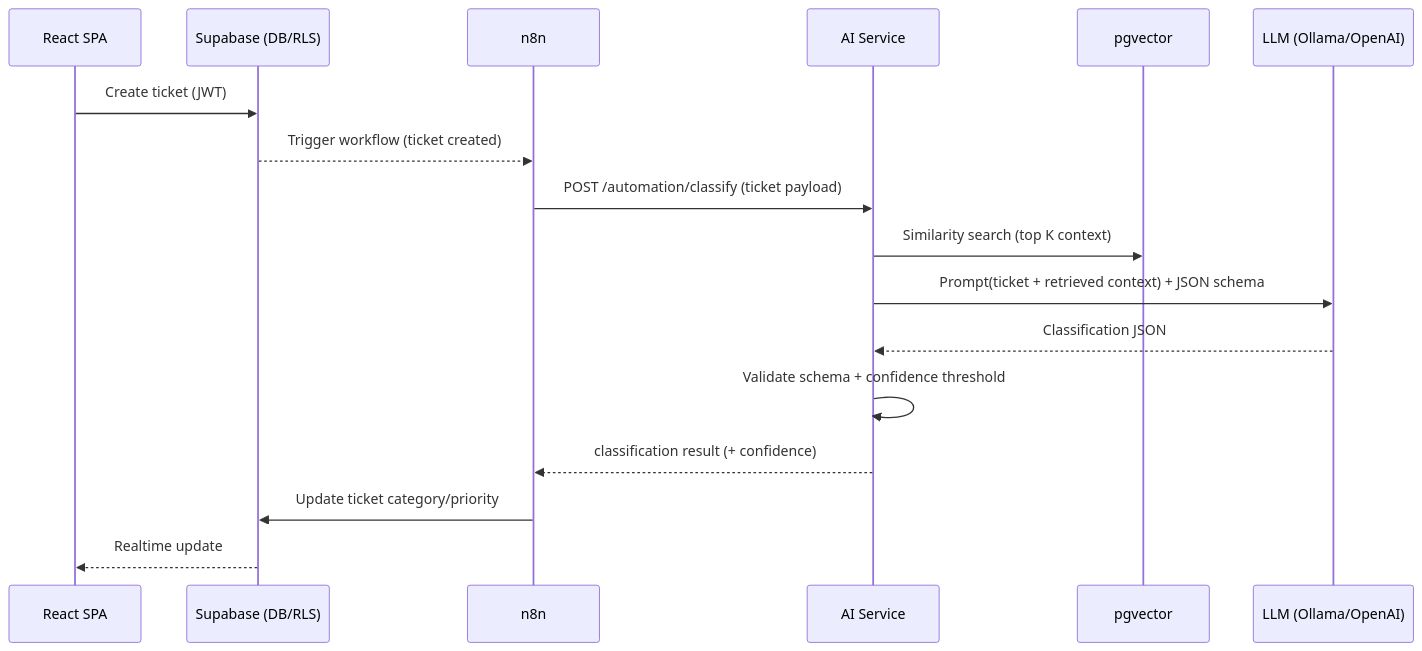
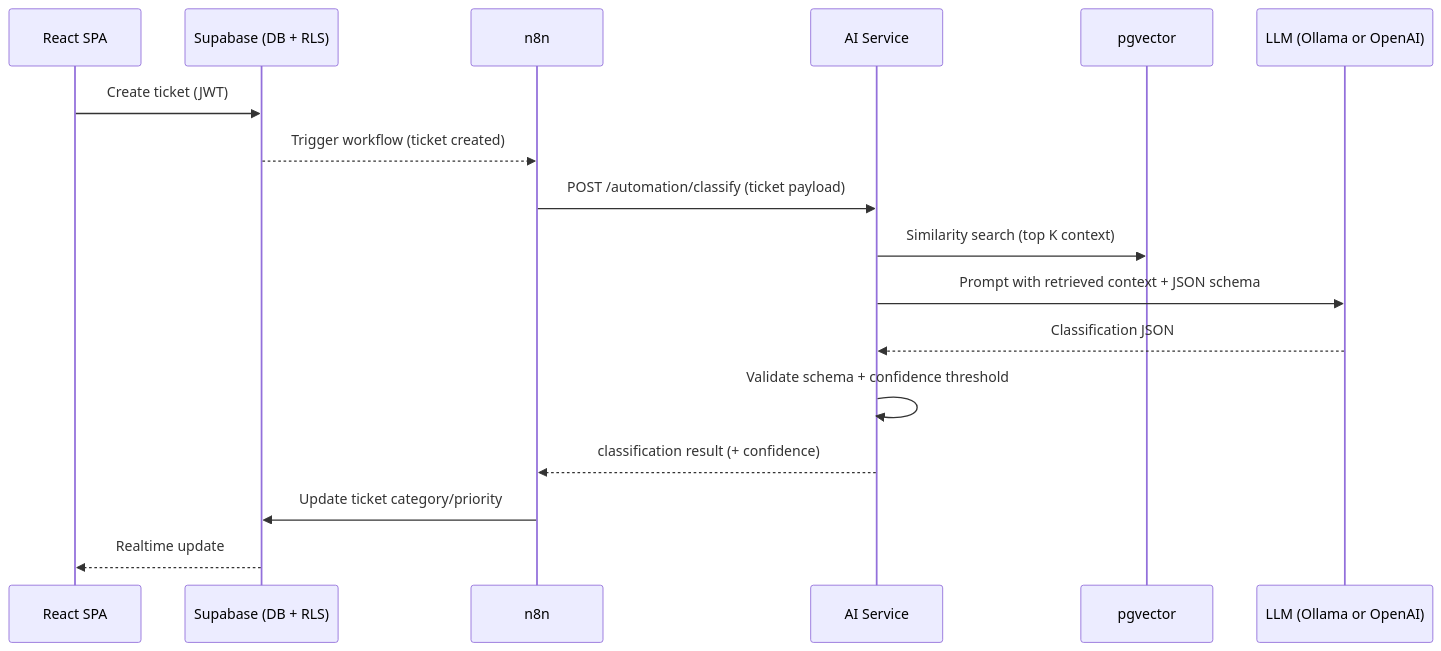
Before and after one commit to yeoutmani/erp-ticketing-ai-module: the second of 2 diagrams in ARCHITECTURE.md, drawn with Mermaid. The commit also changed other lines of this file, not shown here.

Commit message:
docs: fix Mermaid diagrams in ARCHITECTURE.md

````diff
--- a/ARCHITECTURE.md
+++ b/ARCHITECTURE.md
@@ -85,20 +85,20 @@
 ```mermaid
 sequenceDiagram
   participant FE as React SPA
-  participant SB as Supabase (DB/RLS)
+  participant SB as Supabase (DB + RLS)
   participant N8N as n8n
   participant AI as AI Service
   participant V as pgvector
-  participant L as LLM (Ollama/OpenAI)
+  participant L as LLM (Ollama or OpenAI)
 
   FE->>SB: Create ticket (JWT)
   SB-->>N8N: Trigger workflow (ticket created)
   N8N->>AI: POST /automation/classify (ticket payload)
   AI->>V: Similarity search (top K context)
-  AI->>L: Prompt(ticket + retrieved context) + JSON schema
+  AI->>L: Prompt with retrieved context + JSON schema
   L-->>AI: Classification JSON
   AI->>AI: Validate schema + confidence threshold
   AI-->>N8N: classification result (+ confidence)
   N8N->>SB: Update ticket category/priority
   SB-->>FE: Realtime update
 ```
````
